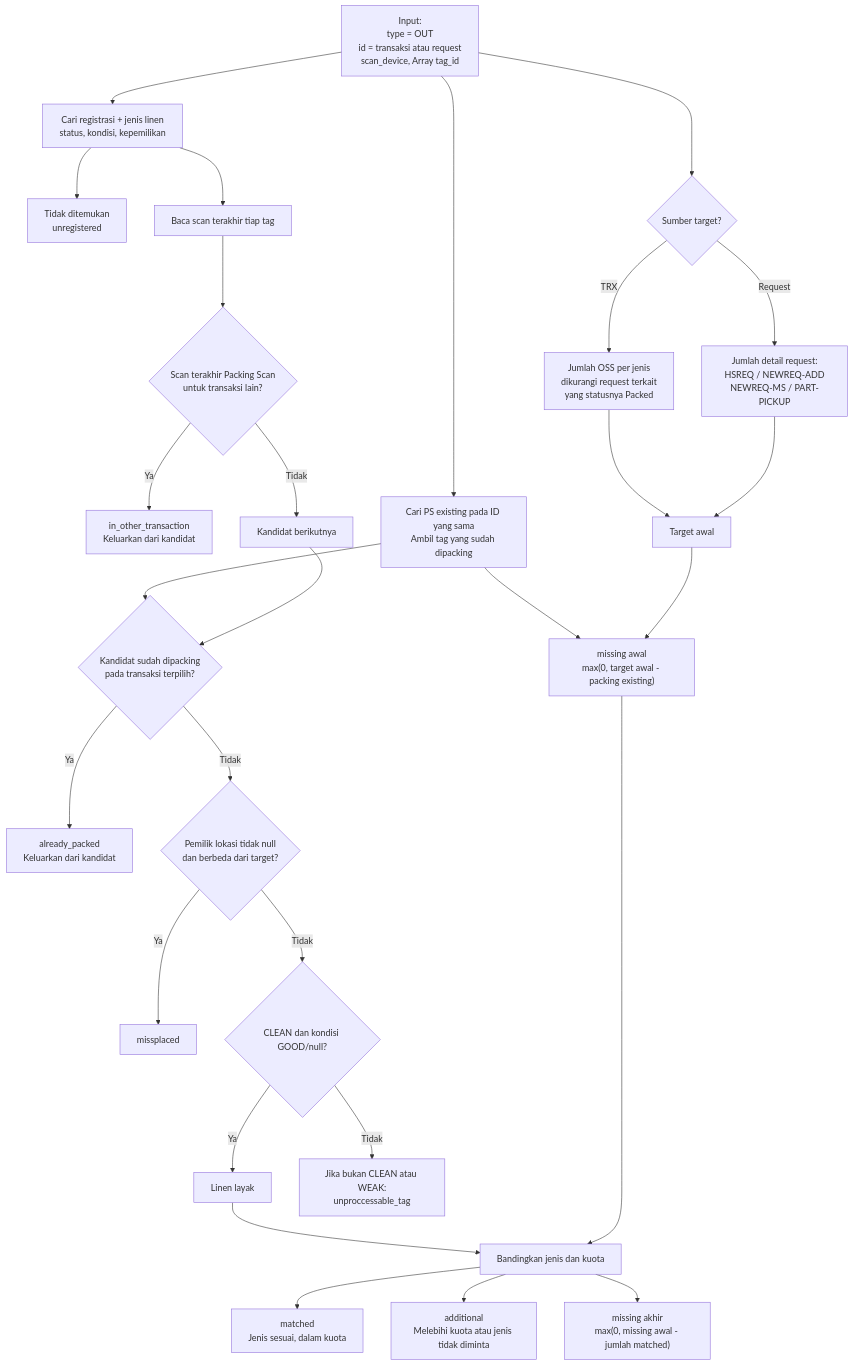
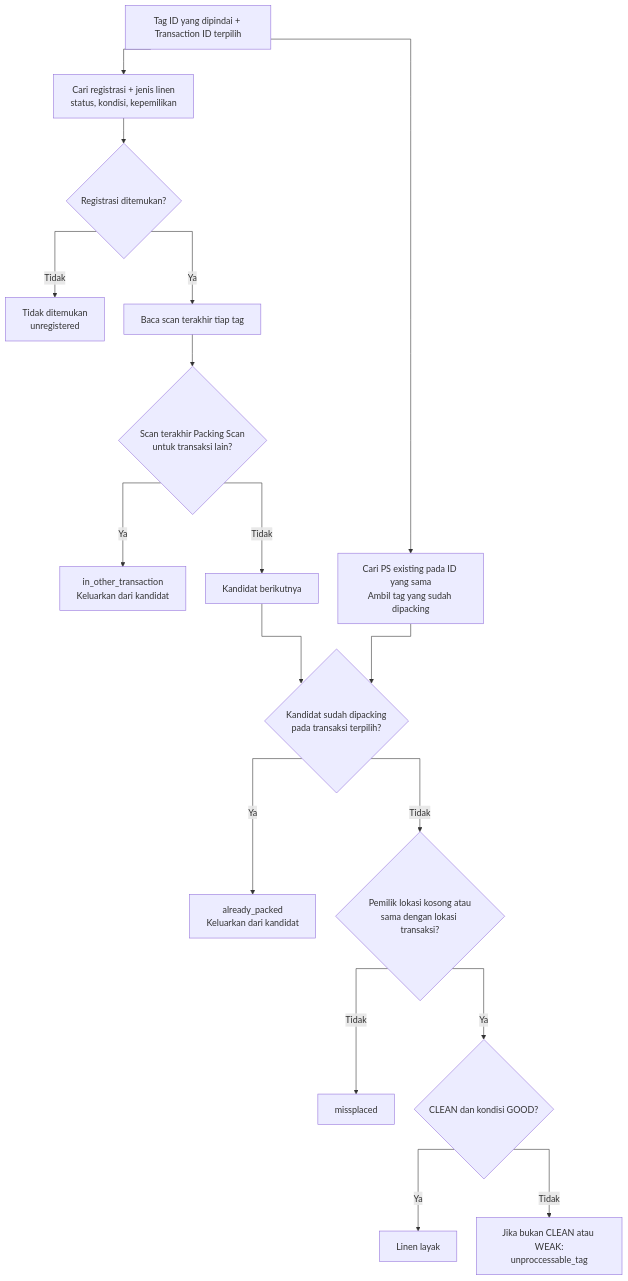
One commit to bagaskrmn/bac-flow-laundry changed the second of 5 diagrams in laundry-activities/packing-scan.md. Above: the diagram before and after it, drawn with Mermaid. The commit also changed other lines of this file, not shown here.

````diff
--- a/laundry-activities/packing-scan.md
+++ b/laundry-activities/packing-scan.md
@@ -3,36 +24,21 @@
 ```mermaid
+%%{init: {'flowchart': {'curve': 'stepAfter', 'nodeSpacing': 35, 'rankSpacing': 45}}}%%
 flowchart TD
-    N_IN["Input:<br/>type = OUT<br/>id = transaksi atau request<br/>scan_device, Array tag_id"]
-
+    N_IN["Tag ID yang dipindai + Transaction ID terpilih"]
     N_IN --> N_MASTER["Cari registrasi + jenis linen<br/>status, kondisi, kepemilikan"]
-    N_MASTER --> N_UNREG["Tidak ditemukan<br/>unregistered"]
-    N_MASTER --> N_LAST["Baca scan terakhir tiap tag"]
+    N_MASTER --> N_FOUND{"Registrasi ditemukan?"}
+    N_FOUND -->|Tidak| N_UNREG["Tidak ditemukan<br/>unregistered"]
+    N_FOUND -->|Ya| N_LAST["Baca scan terakhir tiap tag"]
     N_LAST --> N_OTHER{"Scan terakhir Packing Scan<br/>untuk transaksi lain?"}
     N_OTHER -->|Ya| N_O["in_other_transaction<br/>Keluarkan dari kandidat"]
     N_OTHER -->|Tidak| N_CAND["Kandidat berikutnya"]
-
-    N_IN --> N_SOURCE{"Sumber target?"}
-    N_SOURCE -->|TRX| N_OSS["Jumlah OSS per jenis<br/>dikurangi request terkait<br/>yang statusnya Packed"]
-    N_SOURCE -->|Request| N_REQ["Jumlah detail request:<br/>HSREQ / NEWREQ-ADD<br/>NEWREQ-MS / PART-PICKUP"]
-    N_OSS --> N_TARGET["Target awal"]
-    N_REQ --> N_TARGET
-
     N_IN --> N_EXIST["Cari PS existing pada ID yang sama<br/>Ambil tag yang sudah dipacking"]
-    N_EXIST --> N_REDUCE["missing awal<br/>max(0, target awal - packing existing)"]
-    N_TARGET --> N_REDUCE
     N_EXIST --> N_WAS{"Kandidat sudah dipacking<br/>pada transaksi terpilih?"}
     N_CAND --> N_WAS
     N_WAS -->|Ya| N_PACKED["already_packed<br/>Keluarkan dari kandidat"]
-    N_WAS -->|Tidak| N_OWNER{"Pemilik lokasi tidak null<br/>dan berbeda dari target?"}
-    N_OWNER -->|Ya| N_MISPLACE["missplaced"]
-    N_OWNER -->|Tidak| N_CLEAN{"CLEAN dan kondisi GOOD/null?"}
+    N_WAS -->|Tidak| N_OWNER{"Pemilik lokasi kosong atau<br/>sama dengan lokasi transaksi?"}
+    N_OWNER -->|Tidak| N_MISPLACE["missplaced"]
+    N_OWNER -->|Ya| N_CLEAN{"CLEAN dan kondisi GOOD?"}
     N_CLEAN -->|Ya| N_ELIGIBLE["Linen layak"]
     N_CLEAN -->|Tidak| N_BAD["Jika bukan CLEAN atau WEAK:<br/>unproccessable_tag"]
-
-    N_ELIGIBLE --> N_COMP["Bandingkan jenis dan kuota"]
-    N_REDUCE --> N_COMP
-    N_COMP --> N_MATCH["matched<br/>Jenis sesuai, dalam kuota"]
-    N_COMP --> N_ADD["additional<br/>Melebihi kuota atau jenis tidak diminta"]
-
-    N_COMP --> N_MISS["missing akhir<br/>max(0, missing awal - jumlah matched)"]
 ```
````
